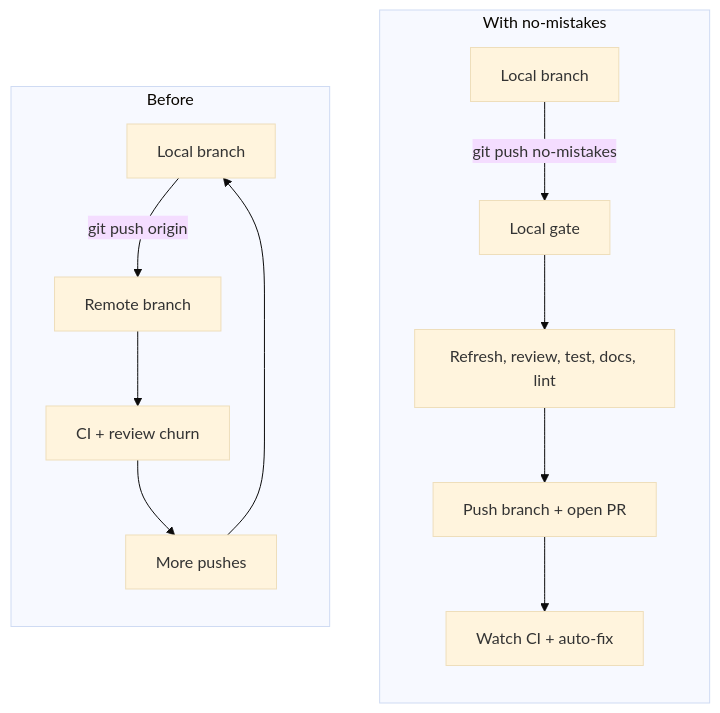
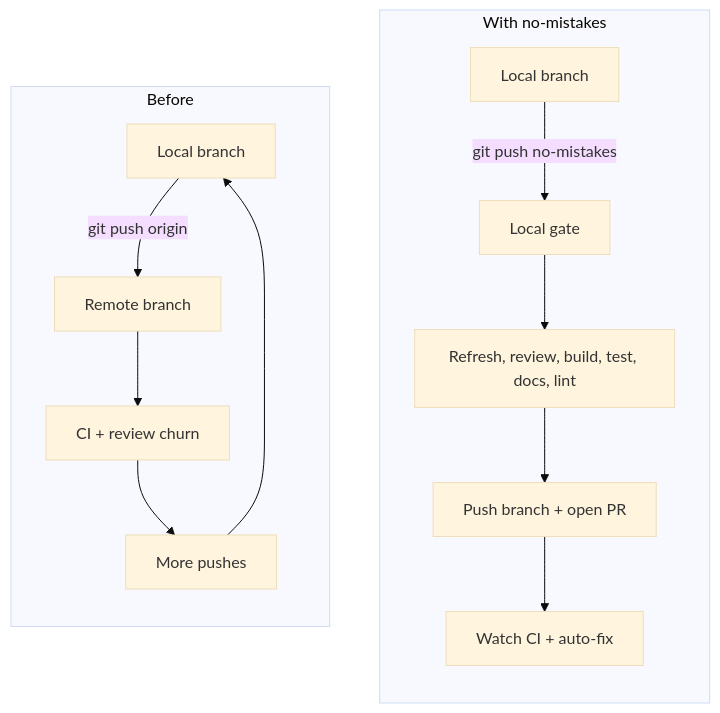
The diagram in docs/src/content/docs/index.mdx (alvarohulse/no-mistakes), drawn with Mermaid (base theme) before and after one commit. The commit also changed 31 other files, not shown here.

````diff
--- a/docs/src/content/docs/index.mdx
+++ b/docs/src/content/docs/index.mdx
@@ -27,31 +27,31 @@
 ```mermaid
 flowchart LR
   subgraph before[" Before "]
     direction TB
     A["Local branch"]
     B["Remote branch"]
     C["CI + review churn"]
     D["More pushes"]
 
     A -->|"git push origin"| B
     B --> C
     C --> D
     D --> A
   end
 
   subgraph after[" With no-mistakes "]
     direction TB
     E["Local branch"]
     F["Local gate"]
-    G["Refresh, review, test, docs, lint"]
+    G["Refresh, review, build, test, docs, lint"]
     H["Push branch + open PR"]
     I["Watch CI + auto-fix"]
 
     E -->|"git push no-mistakes"| F
     F --> G
     G --> H
     H --> I
   end
 
   before ~~~ after
 ```
````
